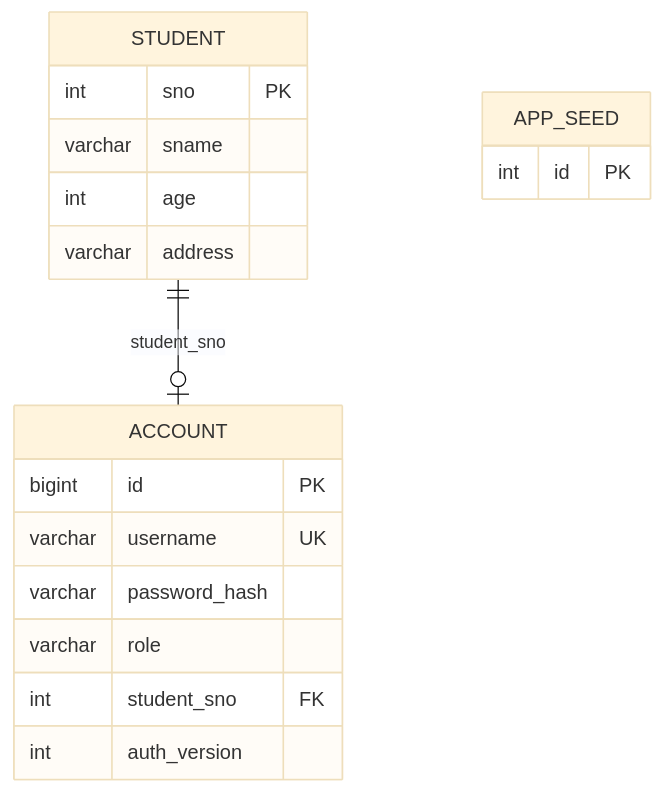
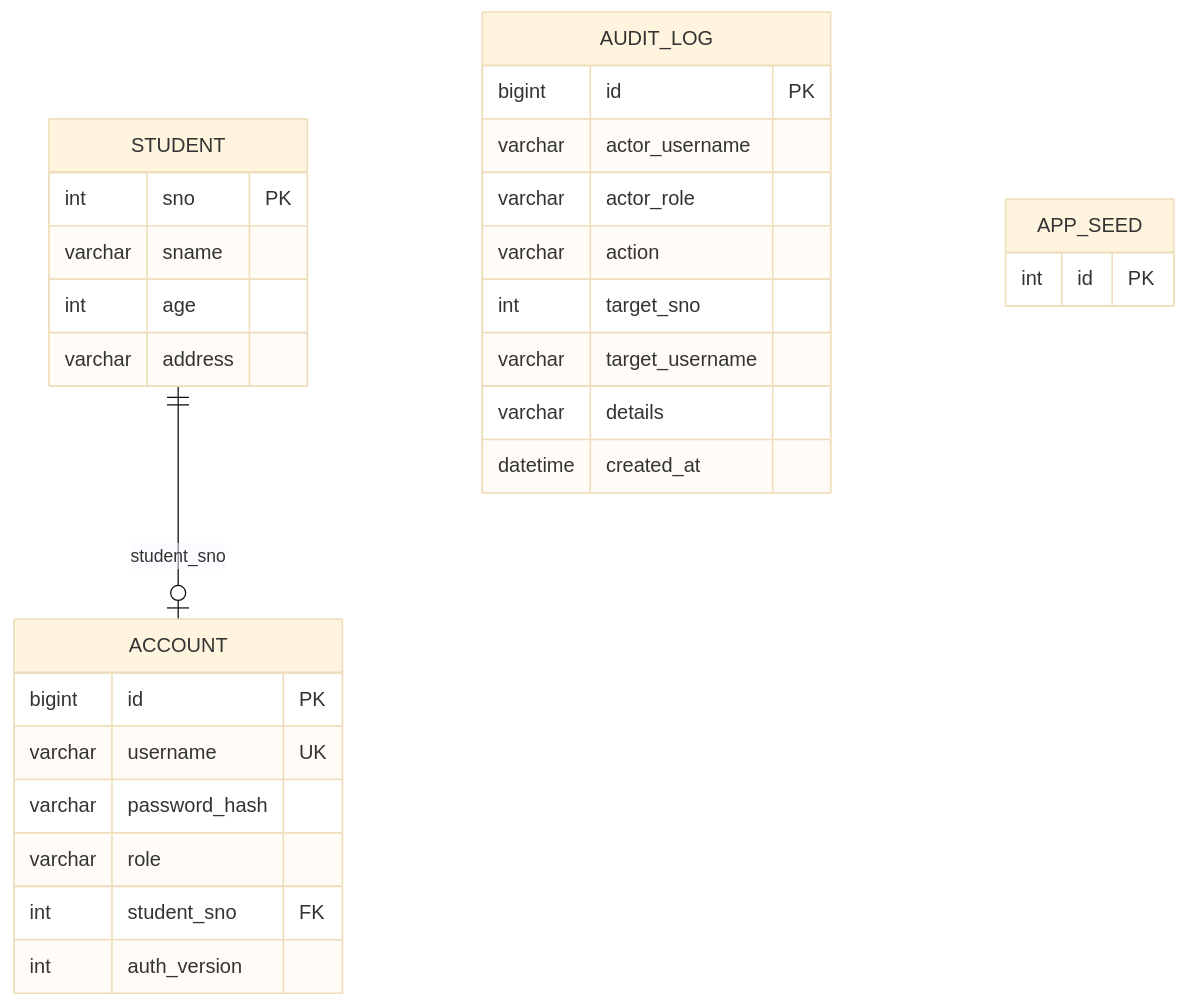
The second of 2 diagrams in docs/architecture.md (Tran314/studentManager), drawn with Mermaid (base theme) before and after one commit. The commit also changed other lines of this file and 2 other files, not shown here.

```diff
--- a/docs/architecture.md
+++ b/docs/architecture.md
@@ -51,21 +67,31 @@
 ~~~mermaid
 erDiagram
     STUDENT ||--o| ACCOUNT : student_sno
     STUDENT {
         int sno PK
         varchar sname
         int age
         varchar address
     }
     ACCOUNT {
         bigint id PK
         varchar username UK
         varchar password_hash
         varchar role
         int student_sno FK
         int auth_version
     }
+    AUDIT_LOG {
+        bigint id PK
+        varchar actor_username
+        varchar actor_role
+        varchar action
+        int target_sno
+        varchar target_username
+        varchar details
+        datetime created_at
+    }
     APP_SEED {
         int id PK
     }
 ~~~
```
